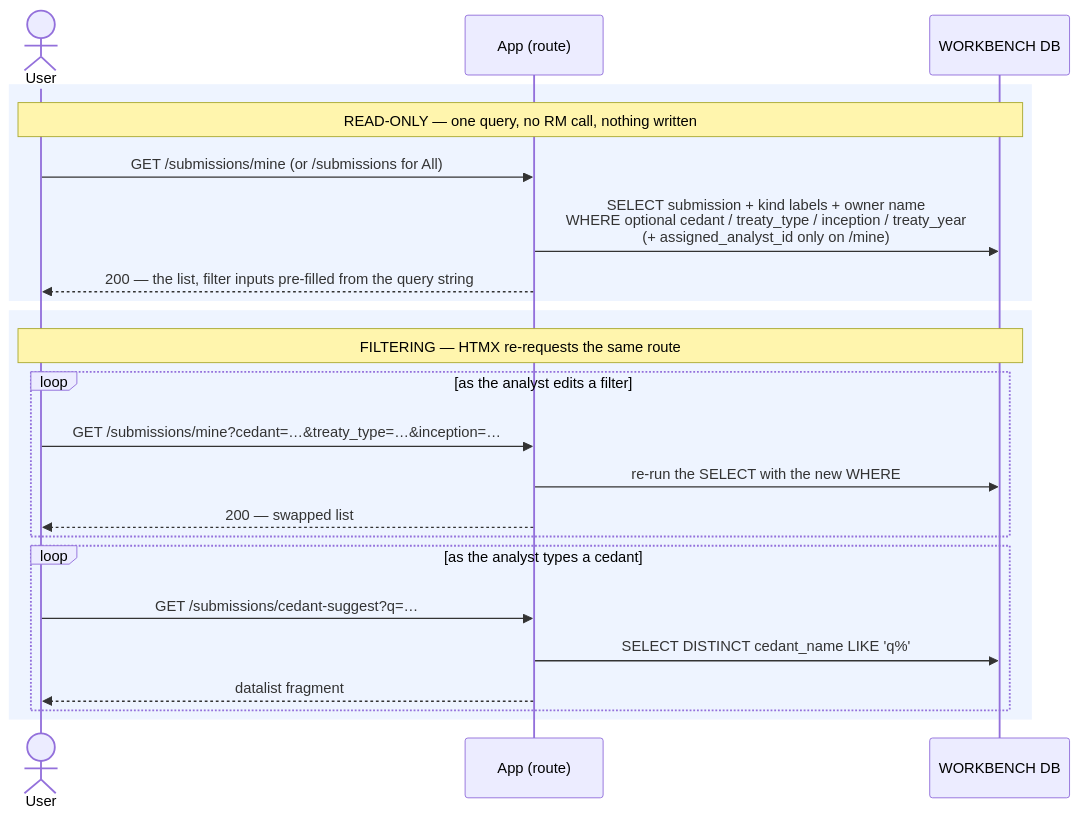
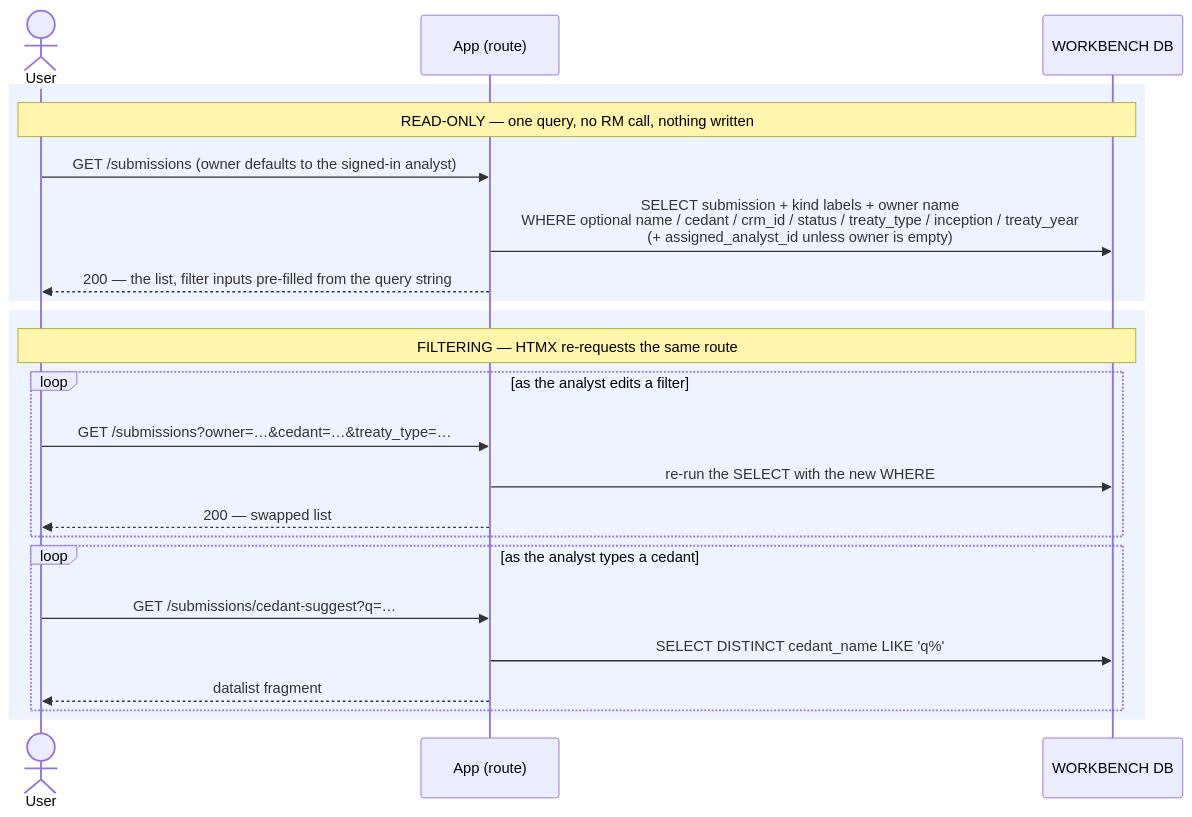
The diagram in docs/sequence_diagrams/submissions/find_submissions.md (anilvenugopal/risk-workbench), drawn with Mermaid before and after one commit. The commit also changed other lines of this file and 9 other files, not shown here.

````diff
--- a/docs/sequence_diagrams/submissions/find_submissions.md
+++ b/docs/sequence_diagrams/submissions/find_submissions.md
@@ -30,27 +30,27 @@
 ```mermaid
 sequenceDiagram
     actor User
     participant App as App (route)
     participant DB as WORKBENCH DB
 
     rect rgb(238,244,255)
         Note over User,DB: READ-ONLY — one query, no RM call, nothing written
-        User->>App: GET /submissions/mine   (or /submissions for All)
-        App->>DB: SELECT submission + kind labels + owner name<br/>WHERE optional cedant / treaty_type / inception / treaty_year<br/>(+ assigned_analyst_id only on /mine)
+        User->>App: GET /submissions   (owner defaults to the signed-in analyst)
+        App->>DB: SELECT submission + kind labels + owner name<br/>WHERE optional name / cedant / crm_id / status / treaty_type / inception / treaty_year<br/>(+ assigned_analyst_id unless owner is empty)
         App-->>User: 200 — the list, filter inputs pre-filled from the query string
     end
 
     rect rgb(238,244,255)
         Note over User,DB: FILTERING — HTMX re-requests the same route
         loop as the analyst edits a filter
-            User->>App: GET /submissions/mine?cedant=…&treaty_type=…&inception=…
+            User->>App: GET /submissions?owner=…&cedant=…&treaty_type=…
             App->>DB: re-run the SELECT with the new WHERE
             App-->>User: 200 — swapped list
         end
         loop as the analyst types a cedant
             User->>App: GET /submissions/cedant-suggest?q=…
             App->>DB: SELECT DISTINCT cedant_name LIKE 'q%'
             App-->>User: datalist fragment
         end
     end
 ```
````
